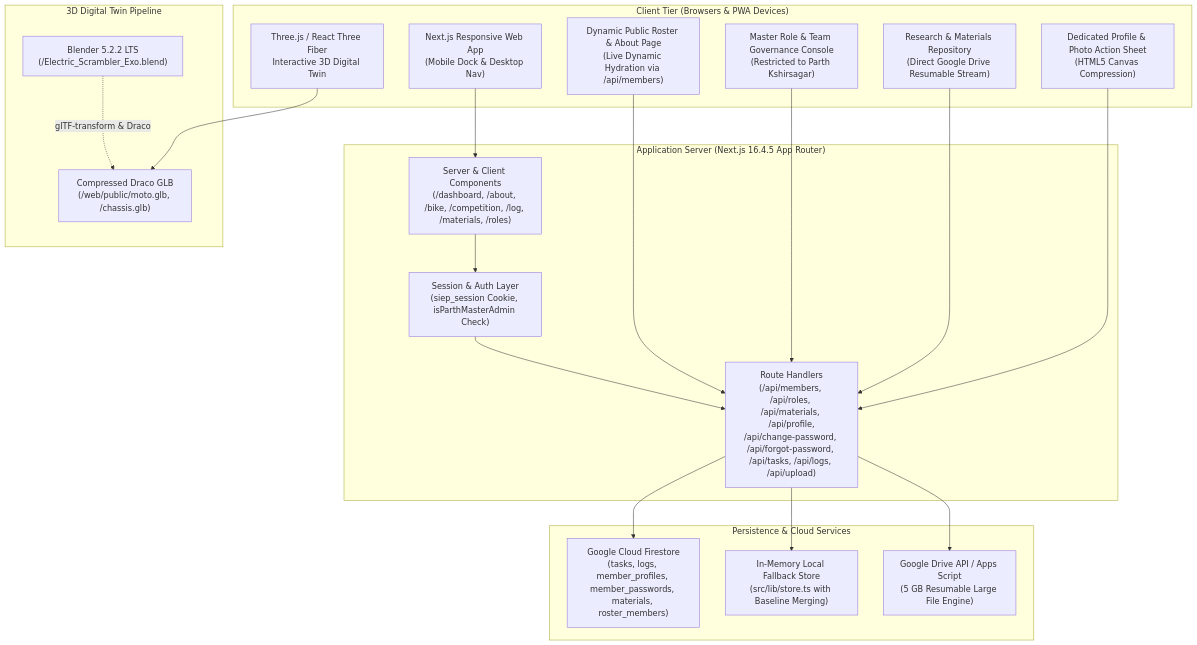
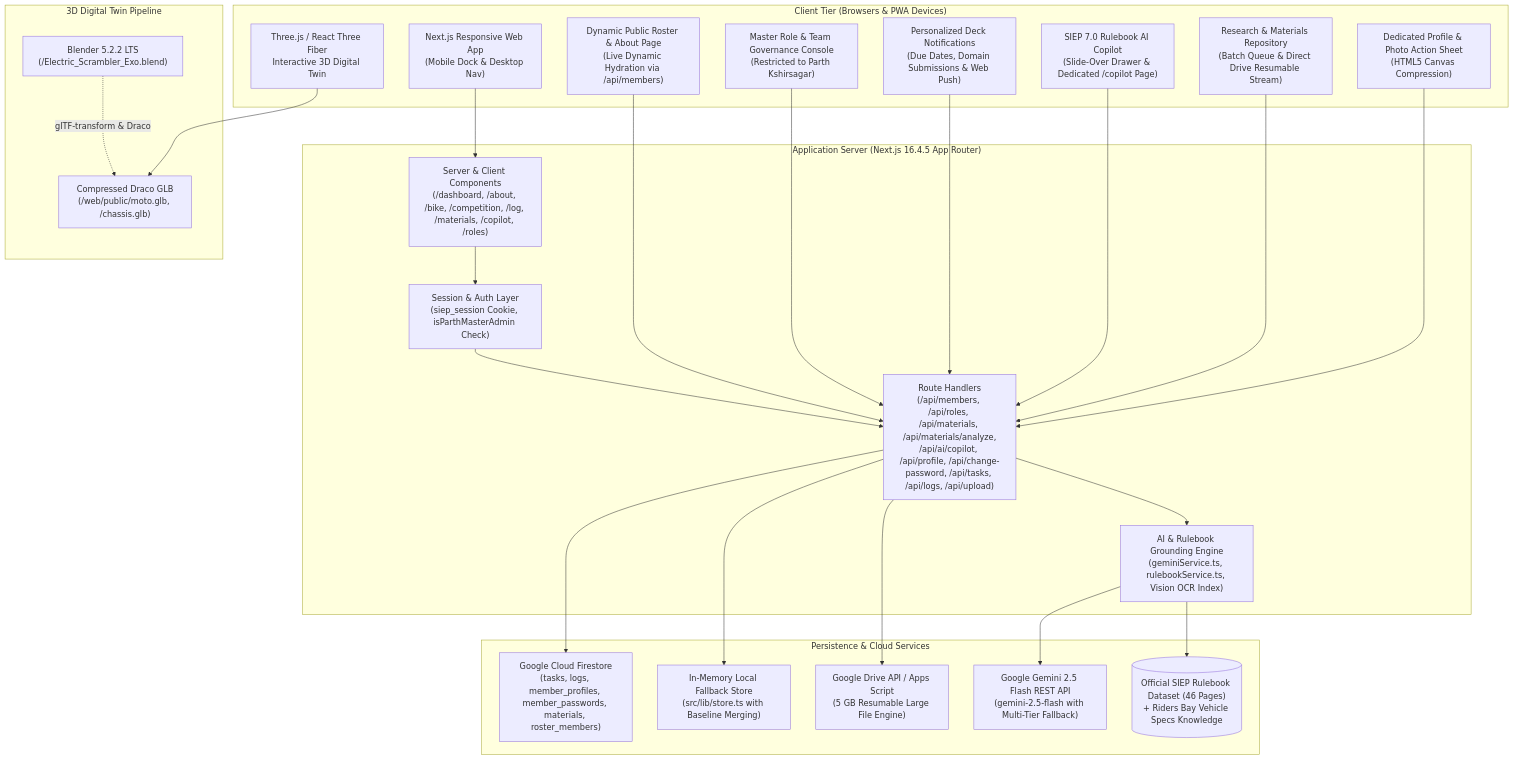
One commit to Parth-352/SIEP-Website changed the diagram in .context/ARCHITECTURE.md. Above: the diagram before and after it, drawn with Mermaid. The commit also changed other lines of this file and 12 other files, not shown here.

Commit message:
feat(copilot): upgrade to Gemini 3.5 Flash, streamline chatbot UI, and dual-ground rulebook & vehicle specs

````diff
--- a/.context/ARCHITECTURE.md
+++ b/.context/ARCHITECTURE.md
@@ -12,41 +12,51 @@
 ```mermaid
 flowchart TD
     subgraph Client["Client Tier (Browsers & PWA Devices)"]
         UserBrowser["Next.js Responsive Web App\n(Mobile Dock & Desktop Nav)"]
         ThreeCanvas["Three.js / React Three Fiber\nInteractive 3D Digital Twin"]
         ProfileUI["Dedicated Profile & Photo Action Sheet\n(HTML5 Canvas Compression)"]
-        MaterialsUI["Research & Materials Repository\n(Direct Google Drive Resumable Stream)"]
+        MaterialsUI["Research & Materials Repository\n(Batch Queue & Direct Drive Resumable Stream)"]
+        RulebookUI["SIEP 7.0 Rulebook AI Copilot\n(Slide-Over Drawer & Dedicated /copilot Page)"]
+        NotificationUI["Personalized Deck Notifications\n(Due Dates, Domain Submissions & Web Push)"]
         RolesUI["Master Role & Team Governance Console\n(Restricted to Parth Kshirsagar)"]
         PublicShowcase["Dynamic Public Roster & About Page\n(Live Dynamic Hydration via /api/members)"]
     end
 
     subgraph AppServer["Application Server (Next.js 16.4.5 App Router)"]
-        Pages["Server & Client Components\n(/dashboard, /about, /bike, /competition, /log, /materials, /roles)"]
+        Pages["Server & Client Components\n(/dashboard, /about, /bike, /competition, /log, /materials, /copilot, /roles)"]
         AuthMiddleware["Session & Auth Layer\n(siep_session Cookie, isParthMasterAdmin Check)"]
-        APIRoutes["Route Handlers\n(/api/members, /api/roles, /api/materials, /api/profile,\n/api/change-password, /api/forgot-password, /api/tasks, /api/logs, /api/upload)"]
+        APIRoutes["Route Handlers\n(/api/members, /api/roles, /api/materials, /api/materials/analyze,\n/api/ai/copilot, /api/profile, /api/change-password, /api/tasks, /api/logs, /api/upload)"]
+        AIServices["AI & Rulebook Grounding Engine\n(geminiService.ts, rulebookService.ts, Vision OCR Index)"]
     end
 
     subgraph DataServices["Persistence & Cloud Services"]
         Firestore["Google Cloud Firestore\n(tasks, logs, member_profiles, member_passwords, materials, roster_members)"]
         InMemory["In-Memory Local Fallback Store\n(src/lib/store.ts with Baseline Merging)"]
         GDrive["Google Drive API / Apps Script\n(5 GB Resumable Large File Engine)"]
+        GeminiAPI["Google Gemini 2.5 Flash REST API\n(gemini-2.5-flash with Multi-Tier Fallback)"]
+        RulebookIndex[("Official SIEP Rulebook Dataset (46 Pages)\n+ Riders Bay Vehicle Specs Knowledge")]
     end
 
     subgraph DigitalTwin["3D Digital Twin Pipeline"]
         BlenderFile["Blender 5.2.2 LTS\n(/Electric_Scrambler_Exo.blend)"]
         GLBAssets["Compressed Draco GLB\n(/web/public/moto.glb, /chassis.glb)"]
     end
 
     UserBrowser --> Pages
     ProfileUI --> APIRoutes
     MaterialsUI --> APIRoutes
+    RulebookUI --> APIRoutes
+    NotificationUI --> APIRoutes
     RolesUI --> APIRoutes
     PublicShowcase --> APIRoutes
     ThreeCanvas --> GLBAssets
     Pages --> AuthMiddleware
     AuthMiddleware --> APIRoutes
+    APIRoutes --> AIServices
+    AIServices --> GeminiAPI
+    AIServices --> RulebookIndex
     APIRoutes --> Firestore
     APIRoutes --> InMemory
     APIRoutes --> GDrive
     BlenderFile -.->|glTF-transform & Draco| GLBAssets
 ```
````
